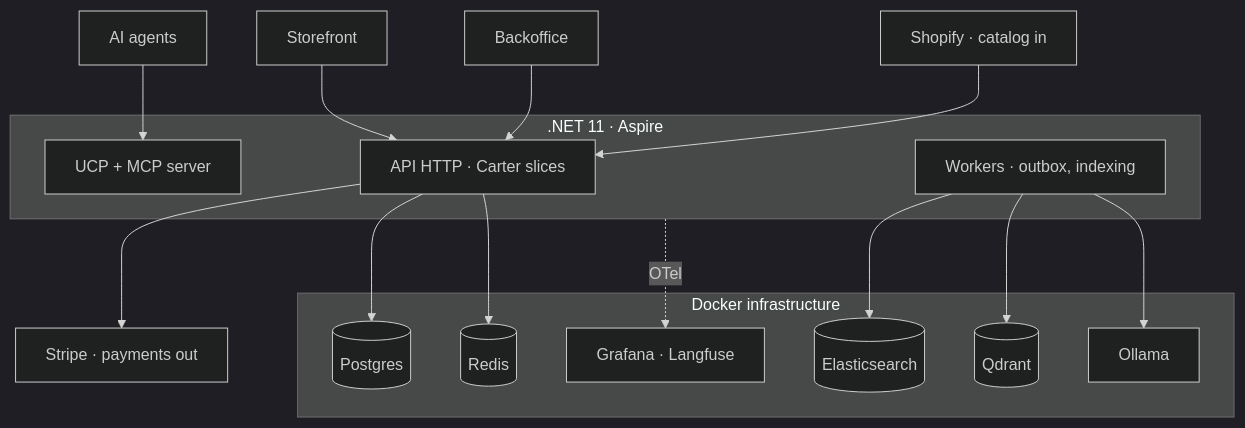
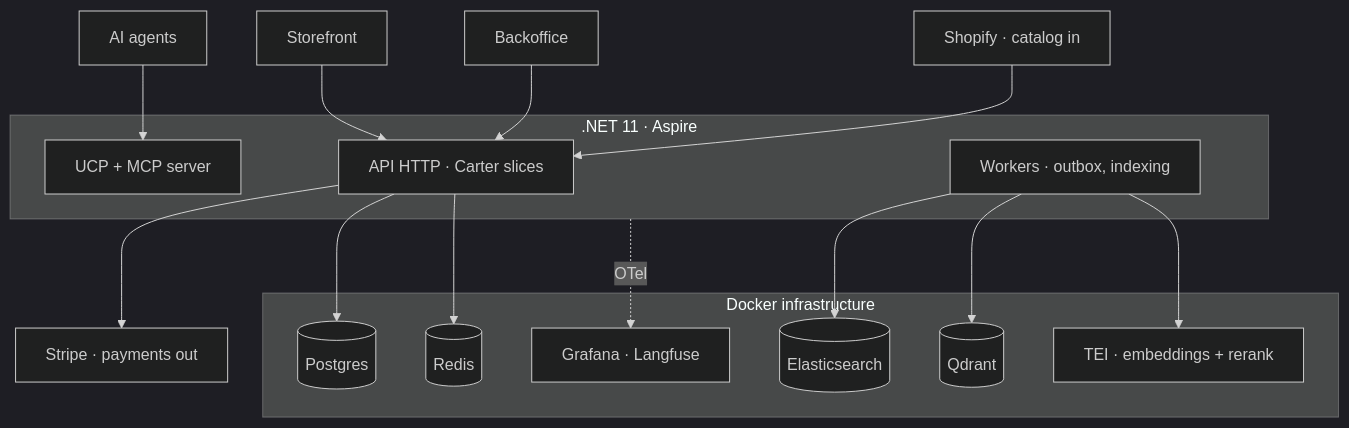
One commit to juanluelguerre/tendero changed the first of 3 diagrams in docs/architecture.md. Above: the diagram before and after it, drawn with Mermaid (dark theme). The commit also changed other lines of this file and 10 other files, not shown here.

````diff
--- a/docs/architecture.md
+++ b/docs/architecture.md
@@ -275,27 +275,27 @@
 ```mermaid
 flowchart TB
     SF[Storefront] --> API
     BO[Backoffice] --> API
     AG[AI agents] --> UCP
     SHOP[Shopify · catalog in] --> API
     subgraph Backend [.NET 11 · Aspire]
         API[API HTTP · Carter slices]
         UCP[UCP + MCP server]
         WK[Workers · outbox, indexing]
     end
     API --> STRIPE[Stripe · payments out]
     subgraph Docker [Docker infrastructure]
         PG[(Postgres)]
         ES[(Elasticsearch)]
         QD[(Qdrant)]
         RD[(Redis)]
-        OL[Ollama]
+        OL[TEI · embeddings + rerank]
         OBS[Grafana · Langfuse]
     end
     API --> PG
     API --> RD
     WK --> ES
     WK --> QD
     WK --> OL
     Backend -.OTel.-> OBS
 ```
````
